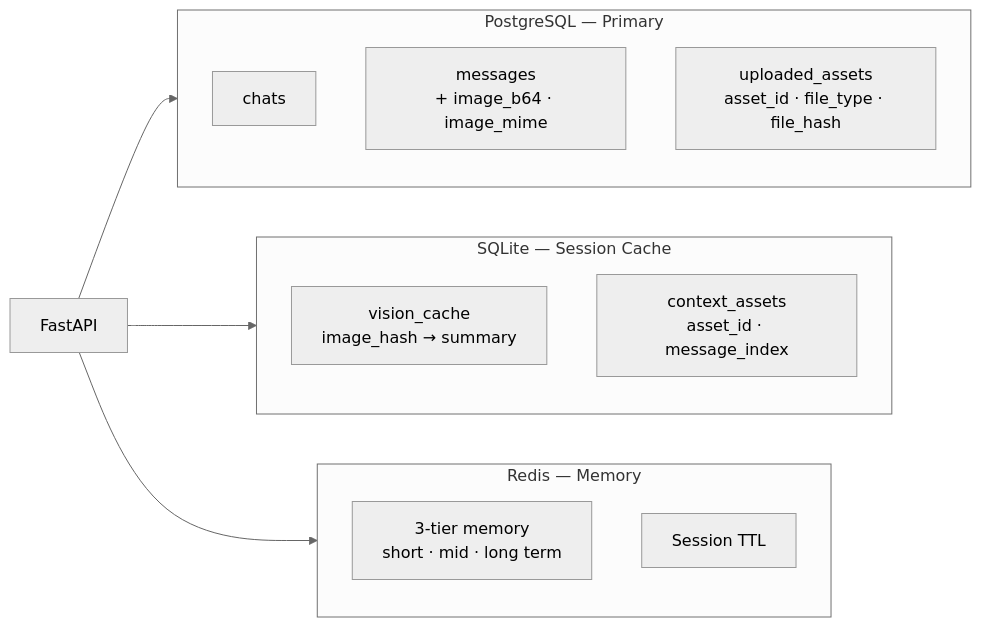
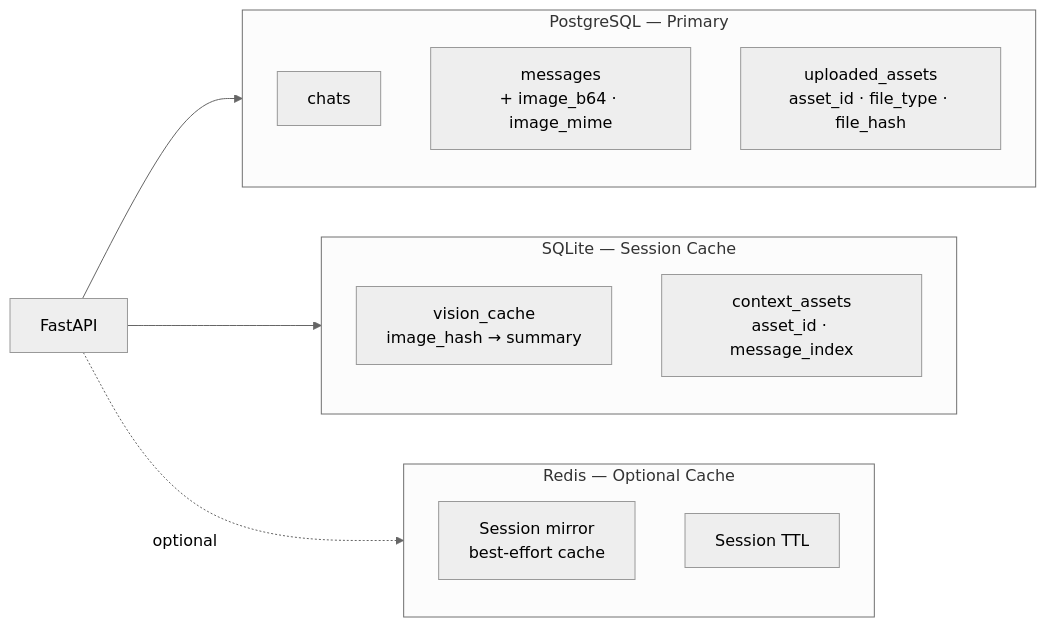
One commit to spacebeige/sentinel_e changed the ninth of 11 diagrams in README.md. Above: the diagram before and after it, drawn with Mermaid (neutral theme). The commit also changed other lines of this file and 2 other files, not shown here.

First line of the commit message:
Make Redis fully optional: auto-fallback to in-memory stub

````diff
--- a/README.md
+++ b/README.md
@@ -351,22 +351,22 @@
 ```mermaid
 flowchart LR
     subgraph PG["PostgreSQL — Primary"]
         CHATS[chats]
         MSGS[messages<br/>+ image_b64 · image_mime]
         ASSETS[uploaded_assets<br/>asset_id · file_type · file_hash]
     end
 
     subgraph SQ["SQLite — Session Cache"]
         VC[vision_cache<br/>image_hash → summary]
         CA[context_assets<br/>asset_id · message_index]
     end
 
-    subgraph RD["Redis — Memory"]
-        MEM["3-tier memory<br/>short · mid · long term"]
+    subgraph RD["Redis — Optional Cache"]
+        MEM["Session mirror<br/>best-effort cache"]
         TTL["Session TTL"]
     end
 
     API[FastAPI] --> PG
     API --> SQ
-    API --> RD
+    API -.->|"optional"| RD
 ```
````
